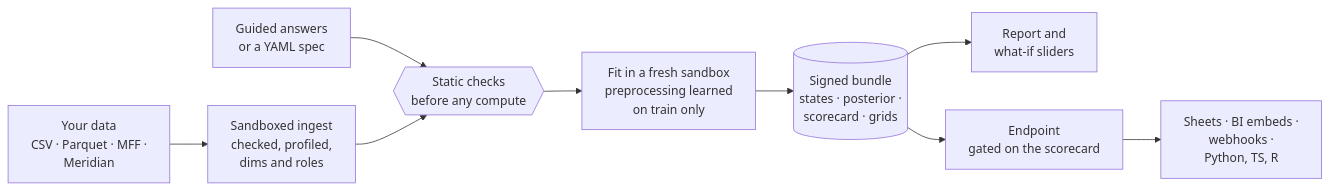
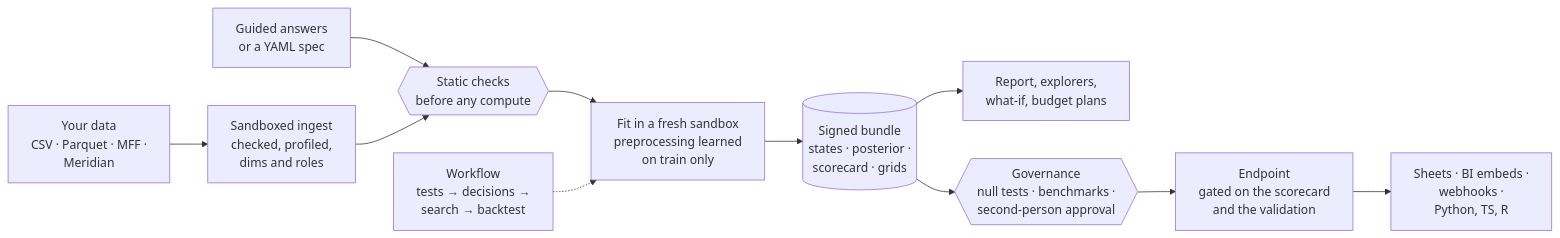
Before and after one commit to redam94/modeling-api: the first of 2 diagrams in docs/index.md, drawn with Mermaid. The commit also changed other lines of this file and 7 other files, not shown here.

First line of the commit message:
docs: the v0.5 landing page, Why, Use cases and roadmap

````diff
--- a/docs/index.md
+++ b/docs/index.md
@@ -93,11 +93,13 @@
 ```mermaid
 flowchart LR
     D["Your data<br/>CSV · Parquet · MFF ·<br/>Meridian"] --> I["Sandboxed ingest<br/>checked, profiled,<br/>dims and roles"]
     Q["Guided answers<br/>or a YAML spec"] --> V{{"Static checks<br/>before any compute"}}
     I --> V
     V --> F["Fit in a fresh sandbox<br/>preprocessing learned<br/>on train only"]
     F --> B[("Signed bundle<br/>states · posterior ·<br/>scorecard · grids")]
-    B --> R["Report and<br/>what-if sliders"]
-    B --> E["Endpoint<br/>gated on the scorecard"]
+    W["Workflow<br/>tests → decisions →<br/>search → backtest"] -.-> F
+    B --> R["Report, explorers,<br/>what-if, budget plans"]
+    B --> G{{"Governance<br/>null tests · benchmarks ·<br/>second-person approval"}}
+    G --> E["Endpoint<br/>gated on the scorecard<br/>and the validation"]
     E --> S["Sheets · BI embeds ·<br/>webhooks ·<br/>Python, TS, R"]
 ```
````
